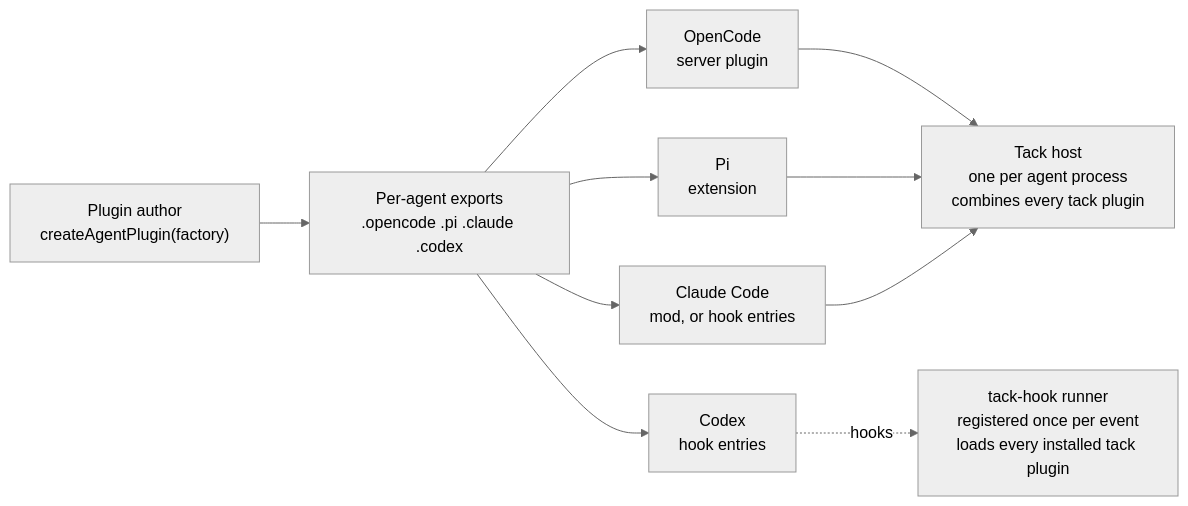
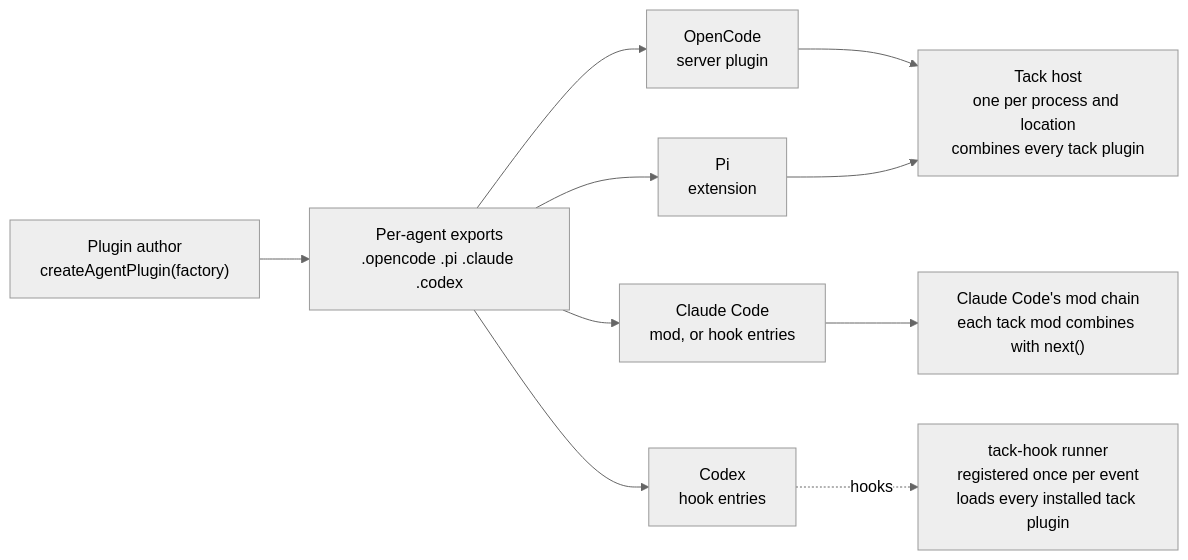
The first of 2 diagrams in spike/unagent/README.md (StevenJPx2/workhorse), drawn with Mermaid (neutral theme) before and after one commit. The commit also changed other lines of this file and 1 other file, not shown here.

First line of the commit message:
docs(spike): test whether agents load tack plugins into one realm

````diff
--- a/spike/unagent/README.md
+++ b/spike/unagent/README.md
@@ -26,12 +27,12 @@
 ```mermaid
 flowchart LR
     Author["Plugin author<br/>createAgentPlugin(factory)"] --> Exports["Per-agent exports<br/>.opencode .pi .claude .codex"]
     Exports --> OC["OpenCode<br/>server plugin"]
     Exports --> Pi["Pi<br/>extension"]
     Exports --> CC["Claude Code<br/>mod, or hook entries"]
     Exports --> CX["Codex<br/>hook entries"]
-    OC --> Host["Tack host<br/>one per agent process<br/>combines every tack plugin"]
+    OC --> Host["Tack host<br/>one per process and location<br/>combines every tack plugin"]
     Pi --> Host
-    CC --> Host
+    CC --> Chain["Claude Code's mod chain<br/>each tack mod combines with next()"]
     CX -. "hooks" .-> Runner["tack-hook runner<br/>registered once per event<br/>loads every installed tack plugin"]
 ```
````
